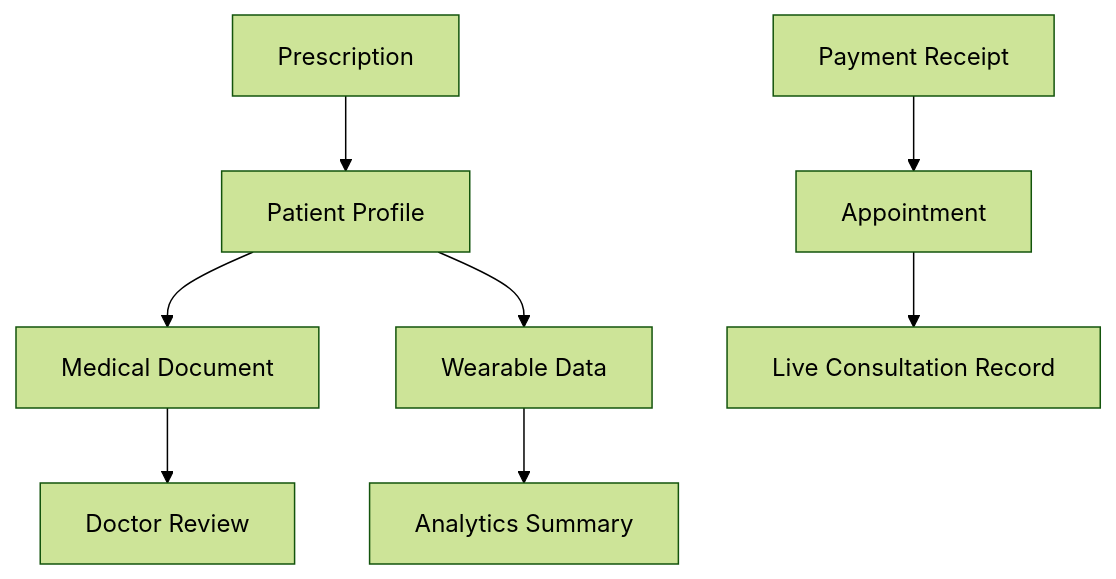
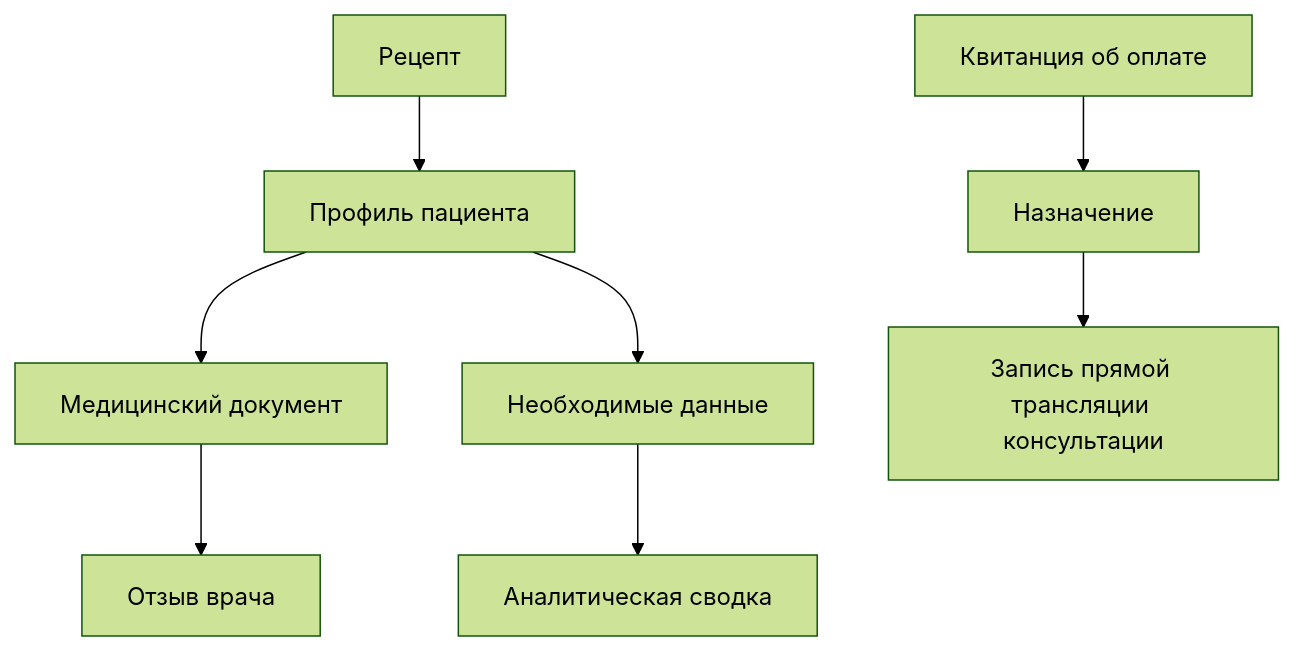
Before and after one commit to SAL4N/HW-Dubrovin-Ilya-ESSAY-676: the first of 6 diagrams in MkDown (1).md, drawn with Mermaid (forest theme). The commit also changed other lines of this file, not shown here.

First line of the commit message:
Добавить диаграммы для системы SmartClinic

````diff
--- a/MkDown (1).md
+++ b/MkDown (1).md
@@ -115,9 +116,9 @@
 ```mermaid
 flowchart TB
-    A["Patient Profile"] --> B["Medical Document"] & C["Wearable Data"]
-    C --> D["Analytics Summary"]
-    B --> E["Doctor Review"]
-    F["Appointment"] --> G["Live Consultation Record"]
-    H["Payment Receipt"] --> F
-    I["Prescription"] --> A
+    A["Профиль пациента"] --> B["Медицинский документ"] & C["Необходимые данные"]
+    C --> D["Аналитическая сводка"]
+    B --> E["Отзыв врача"]
+    F["Назначение"] --> G["Запись прямой трансляции консультации"]
+    H["Квитанция об оплате"] --> F
+    I["Рецепт"] --> A
 ```
````
